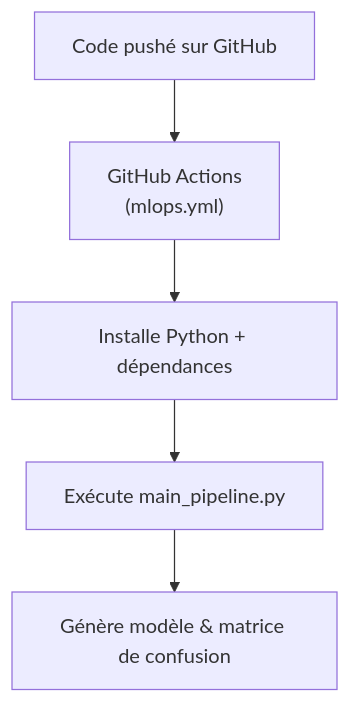
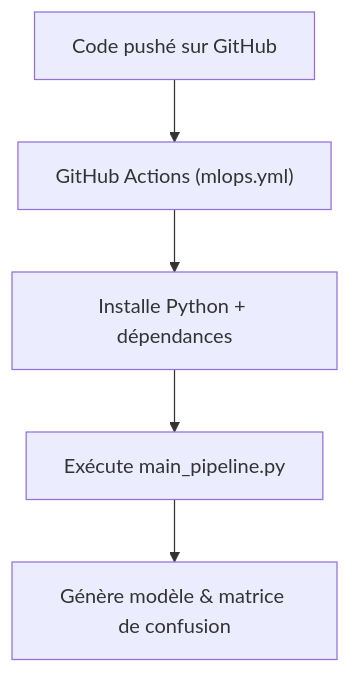
One commit to malikakika/MLOPS- changed the diagram in README.md. Above: the diagram before and after it, drawn with Mermaid.

````diff
--- a/README.md
+++ b/README.md
@@ -281,7 +281,7 @@
 ```mermaid
 flowchart TD
     PushCode[Code pushé sur GitHub] --> GitHubActions
-    GitHubActions["GitHub Actions\n(mlops.yml)"] --> Install[Installe Python + dépendances]
+    GitHubActions["GitHub Actions (mlops.yml)"] --> Install[Installe Python + dépendances]
     Install --> ExecutePipeline["Exécute main_pipeline.py"]
     ExecutePipeline --> Resultats[ Génère modèle & matrice de confusion]
 ```
````
